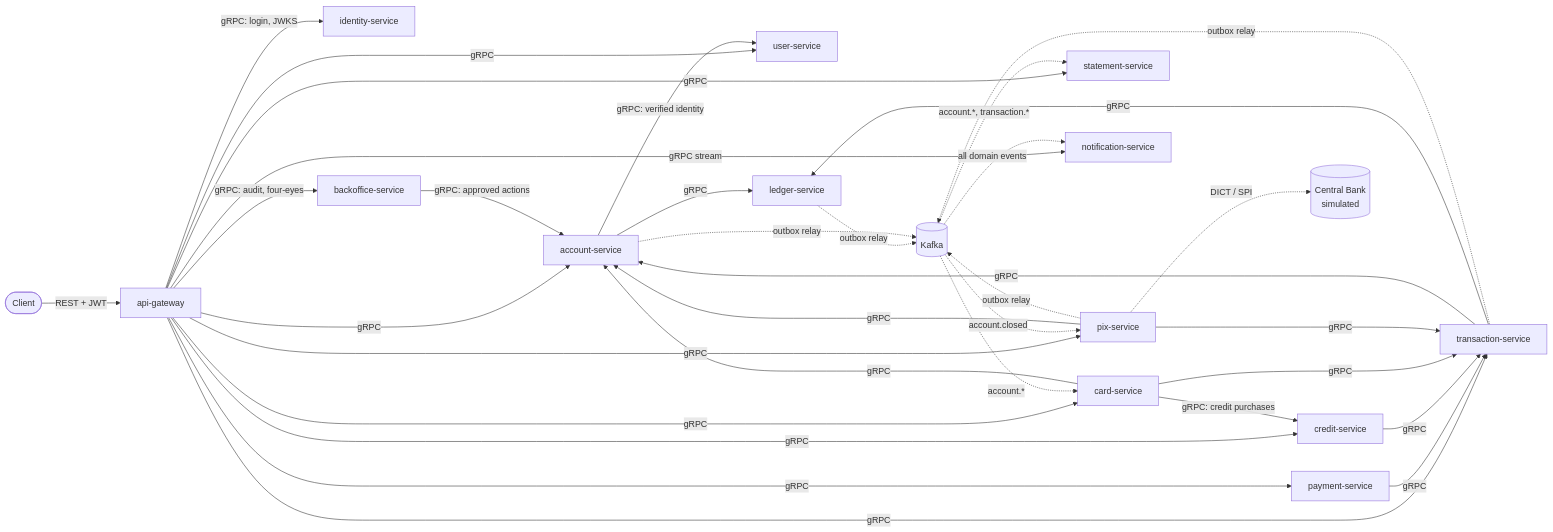
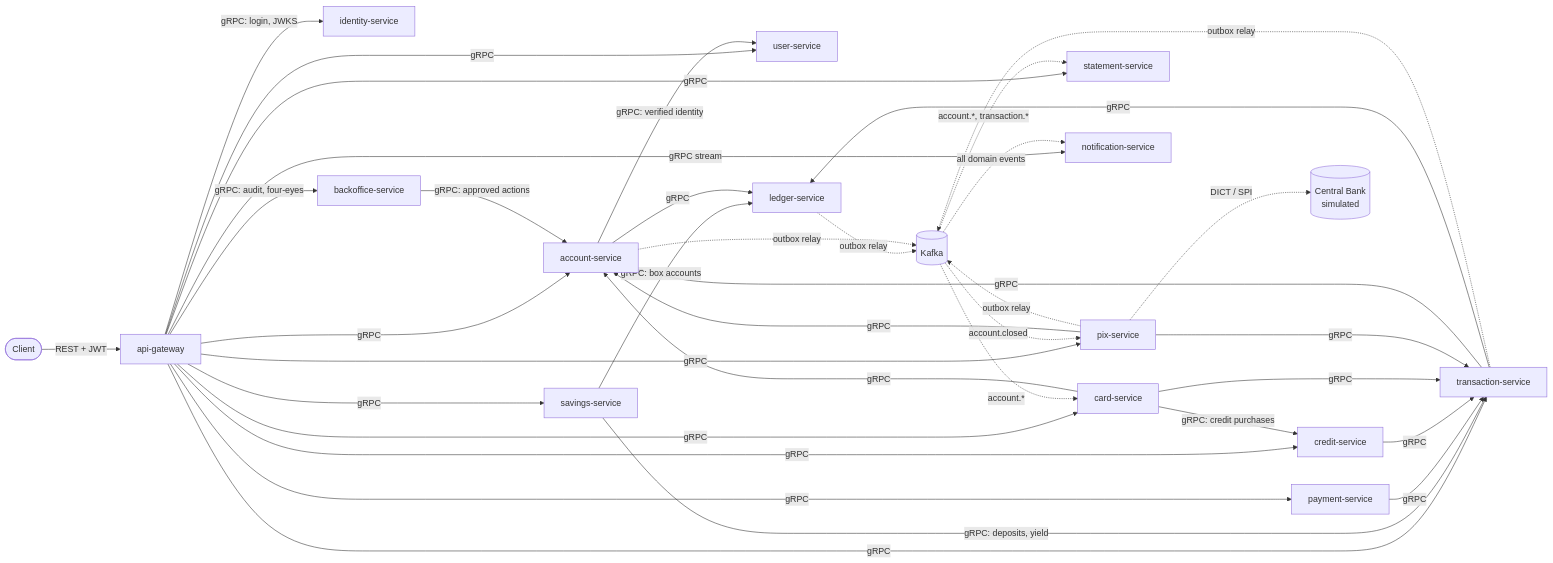
Before and after one commit to ViniciusMicarelli/digital-bank-platform: the diagram in README.md, drawn with Mermaid. The commit also changed other lines of this file and 59 other files, not shown here.

````diff
--- a/README.md
+++ b/README.md
@@ -16,34 +16,37 @@
 ```mermaid
 flowchart LR
     C([Client]) -->|REST + JWT| GW[api-gateway]
     GW -->|gRPC: login, JWKS| IDN[identity-service]
     GW -->|gRPC| ACC[account-service]
     GW -->|gRPC| TRX[transaction-service]
     GW -->|gRPC| PIX[pix-service]
     GW -->|gRPC| STM[statement-service]
     GW -->|gRPC| CRD[card-service]
     GW -->|gRPC| CRE[credit-service]
     GW -->|gRPC| PAY[payment-service]
     GW -->|gRPC stream| NTF[notification-service]
     GW -->|gRPC| USR[user-service]
     GW -->|gRPC: audit, four-eyes| BO[backoffice-service]
+    GW -->|gRPC| SAV[savings-service]
+    SAV -->|gRPC: deposits, yield| TRX
+    SAV -->|gRPC: box accounts| LED
     BO -->|gRPC: approved actions| ACC
     ACC -->|gRPC: verified identity| USR
     PAY -->|gRPC| TRX
     CRD -->|gRPC: credit purchases| CRE
     CRE -->|gRPC| TRX
     CRD -->|gRPC| TRX
     CRD -->|gRPC| ACC
     PIX -->|gRPC| TRX
     PIX -->|gRPC| ACC
     PIX -.->|DICT / SPI| BCB[(Central Bank<br/>simulated)]
     TRX -->|gRPC| ACC
     TRX -->|gRPC| LED[ledger-service]
     ACC -->|gRPC| LED
 
     LED & ACC & TRX & PIX -.->|outbox relay| K[(Kafka)]
     K -.->|account.*, transaction.*| STM
     K -.->|account.closed| PIX
     K -.->|account.*| CRD
     K -.->|all domain events| NTF
 ```
````
